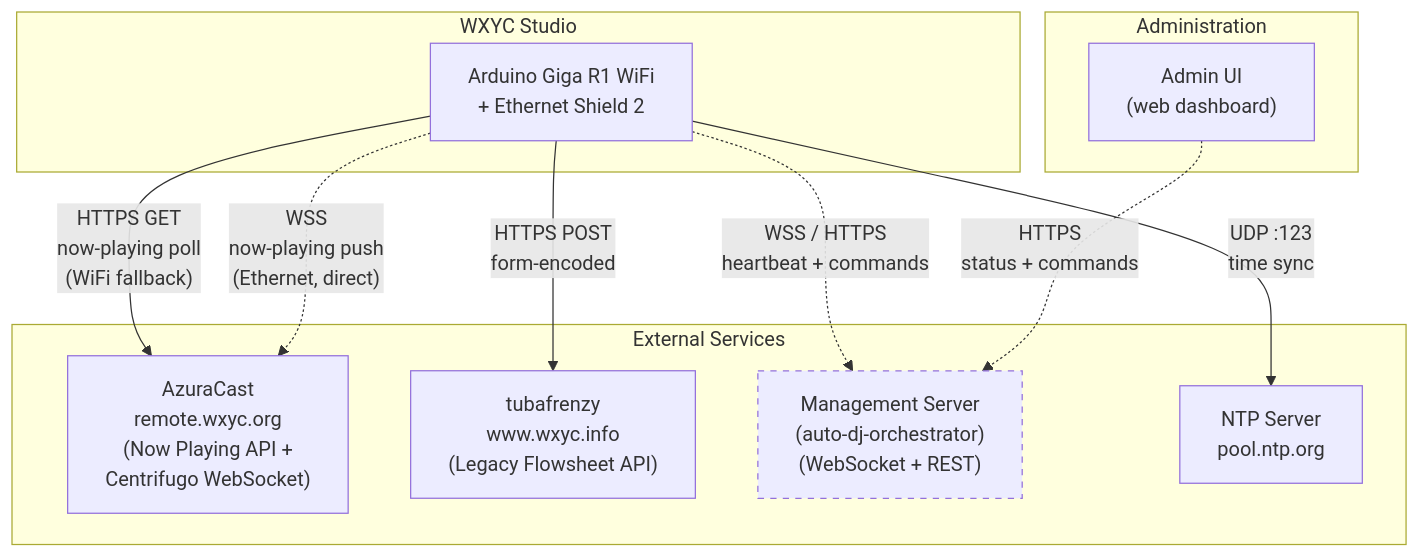
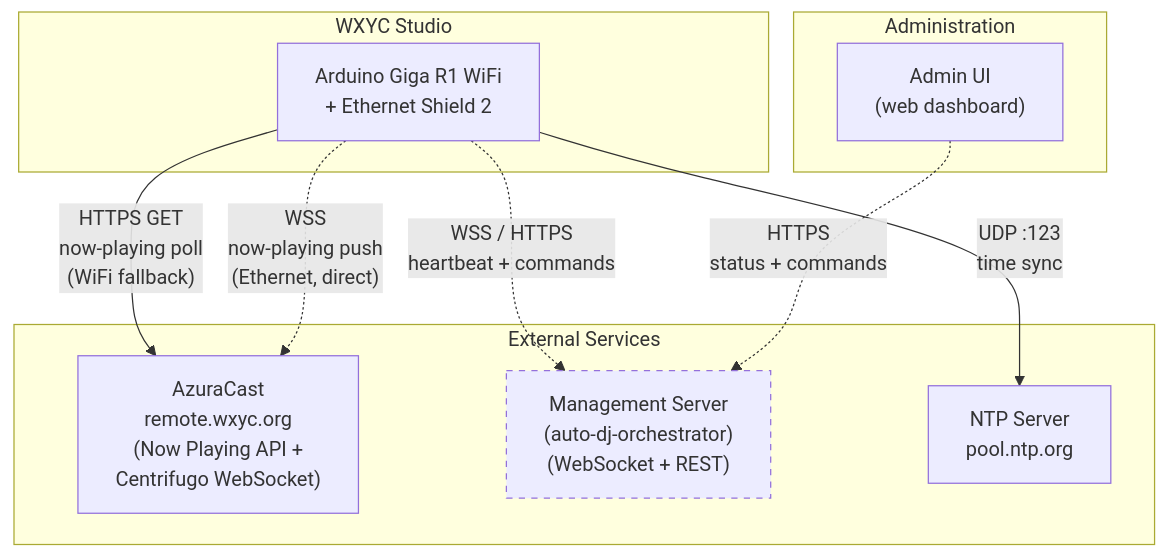
The first of 16 diagrams in docs/networking-spec.md (WXYC/auto-dj-arduino-switch), drawn with Mermaid before and after one commit. The commit also changed other lines of this file, not shown here.

````diff
--- a/docs/networking-spec.md
+++ b/docs/networking-spec.md
@@ -60,27 +60,25 @@
 ```mermaid
 flowchart TD
     subgraph Studio["WXYC Studio"]
         ARD["Arduino Giga R1 WiFi<br>+ Ethernet Shield 2"]
     end
 
     subgraph External["External Services"]
         AZ["AzuraCast<br>remote.wxyc.org<br>(Now Playing API +<br>Centrifugo WebSocket)"]
-        TF["tubafrenzy<br>www.wxyc.info<br>(Legacy Flowsheet API)"]
         MS["Management Server<br>(auto-dj-orchestrator)<br>(WebSocket + REST)"]
         NTP["NTP Server<br>pool.ntp.org"]
     end
 
     subgraph Admin["Administration"]
         UI["Admin UI<br>(web dashboard)"]
     end
 
     ARD -- "HTTPS GET<br>now-playing poll<br>(WiFi fallback)" --> AZ
     ARD -. "WSS<br>now-playing push<br>(Ethernet, direct)" .-> AZ
-    ARD -- "HTTPS POST<br>form-encoded" --> TF
     ARD -. "WSS / HTTPS<br>heartbeat + commands" .-> MS
     ARD -- "UDP :123<br>time sync" --> NTP
 
     UI -. "HTTPS<br>status + commands" .-> MS
 
     style MS stroke-dasharray: 5 5
 ```
````
